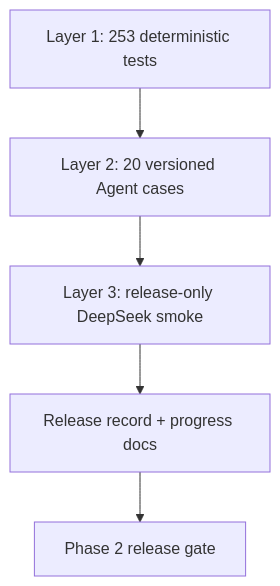
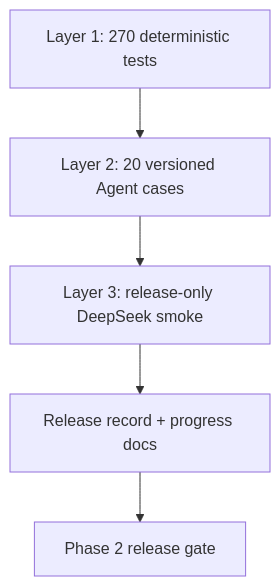
The first of 4 diagrams in docs/engineering/phase-2/testing-and-debugging.md (NEDONION/lobster0), drawn with Mermaid before and after one commit. The commit also changed other lines of this file and 18 other files, not shown here.

````diff
--- a/docs/engineering/phase-2/testing-and-debugging.md
+++ b/docs/engineering/phase-2/testing-and-debugging.md
@@ -22,7 +22,7 @@
 ```mermaid
 flowchart TB
-    UNIT["Layer 1: 253 deterministic tests"] --> OFFLINE["Layer 2: 20 versioned Agent cases"]
+    UNIT["Layer 1: 270 deterministic tests"] --> OFFLINE["Layer 2: 20 versioned Agent cases"]
     OFFLINE --> LIVE["Layer 3: release-only DeepSeek smoke"]
     LIVE --> DOC["Release record + progress docs"]
     DOC --> RELEASE["Phase 2 release gate"]
 ```
````
